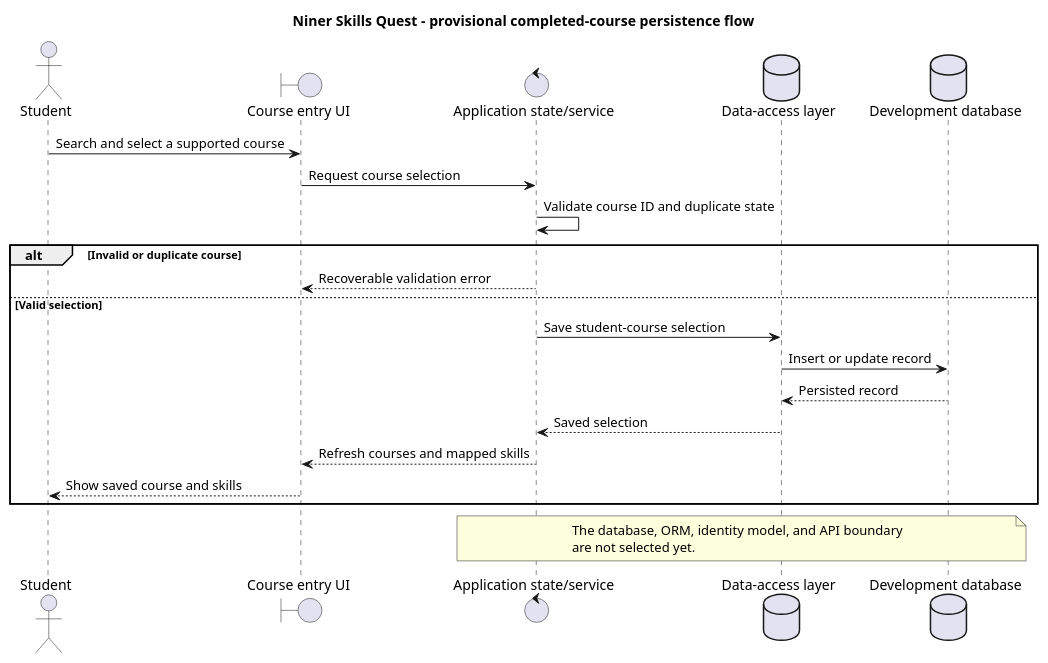
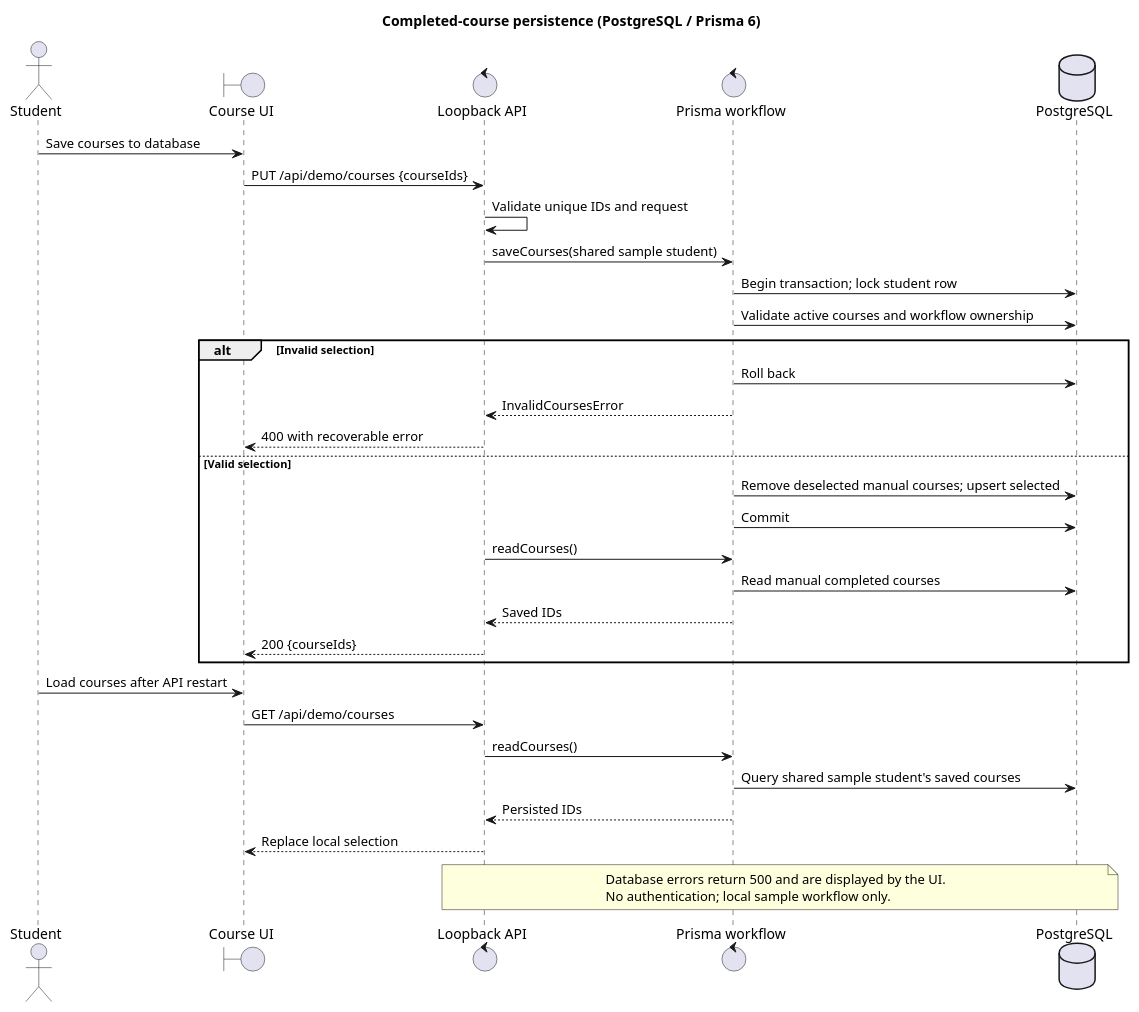
The diagram in docs/uml/sequence-course-save.puml (kgajula1-stack/NinerSkillsQuest), drawn with PlantUML before and after one commit. The commit also changed 26 other files, not shown here.

First line of the commit message:
Migrate course persistence to PostgreSQL

```diff
--- a/docs/uml/sequence-course-save.puml
+++ b/docs/uml/sequence-course-save.puml
@@ -1,28 +1,36 @@
 @startuml
-title Niner Skills Quest - provisional completed-course persistence flow
-
+title Completed-course persistence (PostgreSQL / Prisma 6)
 actor Student
-boundary "Course entry UI" as UI
-control "Application state/service" as Service
-database "Data-access layer" as Repository
-database "Development database" as DB
-
-Student -> UI: Search and select a supported course
-UI -> Service: Request course selection
-Service -> Service: Validate course ID and duplicate state
-alt Invalid or duplicate course
-  Service --> UI: Recoverable validation error
+boundary "Course UI" as UI
+control "Loopback API" as API
+control "Prisma workflow" as Workflow
+database PostgreSQL as DB
+Student -> UI: Save courses to database
+UI -> API: PUT /api/demo/courses {courseIds}
+API -> API: Validate unique IDs and request
+API -> Workflow: saveCourses(shared sample student)
+Workflow -> DB: Begin transaction; lock student row
+Workflow -> DB: Validate active courses and workflow ownership
+alt Invalid selection
+  Workflow -> DB: Roll back
+  Workflow --> API: InvalidCoursesError
+  API --> UI: 400 with recoverable error
 else Valid selection
-  Service -> Repository: Save student-course selection
-  Repository -> DB: Insert or update record
-  DB --> Repository: Persisted record
-  Repository --> Service: Saved selection
-  Service --> UI: Refresh courses and mapped skills
-  UI --> Student: Show saved course and skills
+  Workflow -> DB: Remove deselected manual courses; upsert selected
+  Workflow -> DB: Commit
+  API -> Workflow: readCourses()
+  Workflow -> DB: Read manual completed courses
+  Workflow --> API: Saved IDs
+  API --> UI: 200 {courseIds}
 end
-
-note over Service,DB
-The database, ORM, identity model, and API boundary
-are not selected yet.
+Student -> UI: Load courses after API restart
+UI -> API: GET /api/demo/courses
+API -> Workflow: readCourses()
+Workflow -> DB: Query shared sample student's saved courses
+Workflow --> API: Persisted IDs
+API --> UI: Replace local selection
+note over API,DB
+Database errors return 500 and are displayed by the UI.
+No authentication; local sample workflow only.
 end note
 @enduml
```
